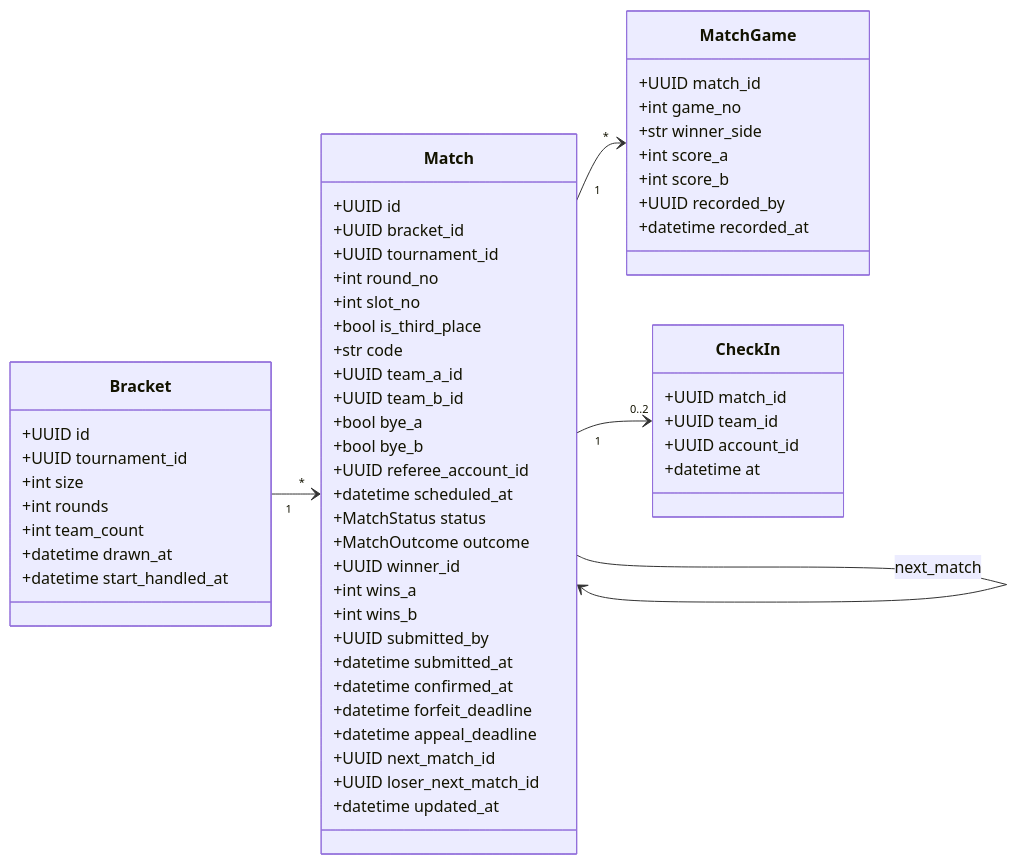
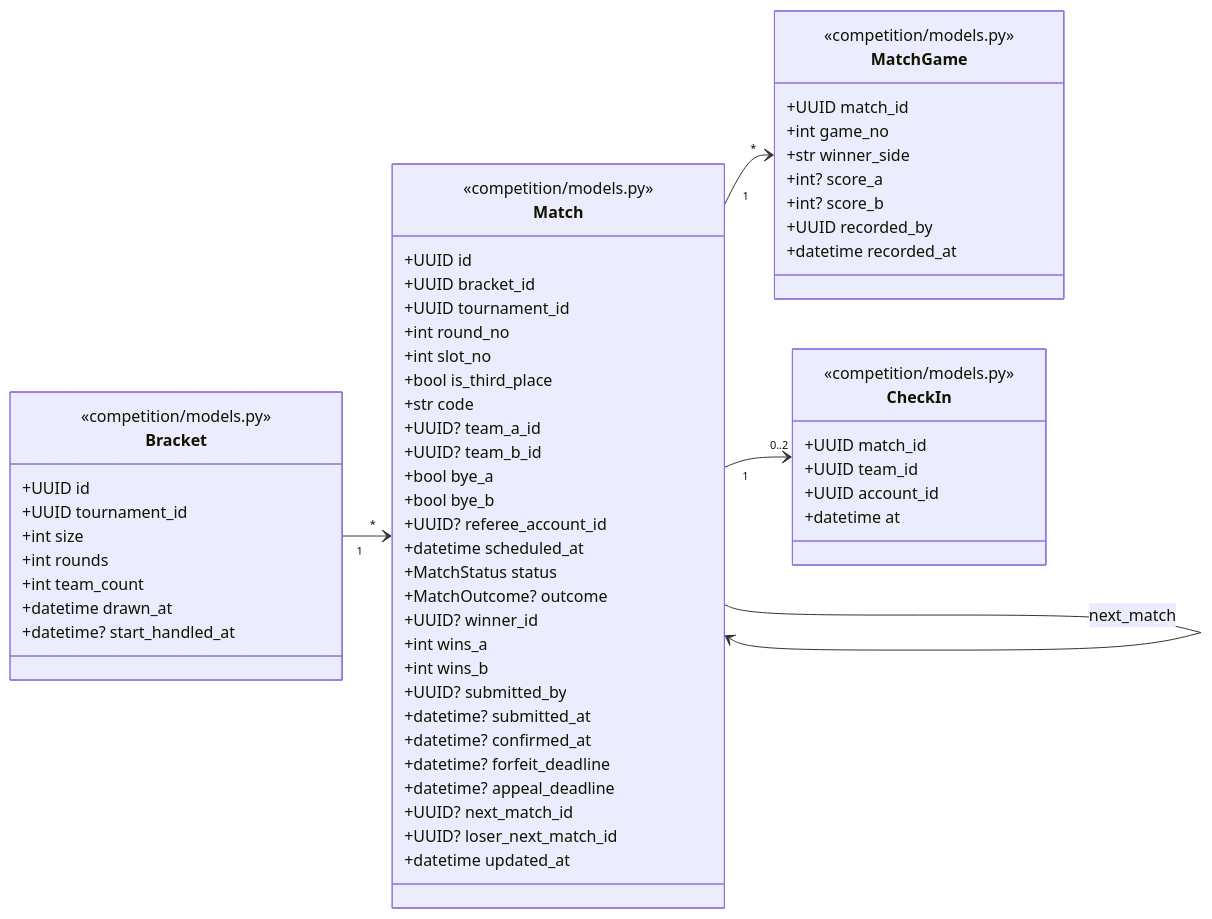
The tenth of 15 diagrams in docs/midterm/D-物件設計文件.md (Team14good/esport-platform), drawn with Mermaid before and after one commit. The commit also changed other lines of this file and 27 other files, not shown here.

First line of the commit message:
docs: B、C、D 其餘的圖全部對照程式標註 (#92)

````diff
--- a/docs/midterm/D-物件設計文件.md
+++ b/docs/midterm/D-物件設計文件.md
@@ -495,60 +526,64 @@
 ```mermaid
 classDiagram
   direction LR
   class Bracket {
+    <<competition/models.py>>
     +UUID id
     +UUID tournament_id
     +int size
     +int rounds
     +int team_count
     +datetime drawn_at
-    +datetime start_handled_at
+    +datetime? start_handled_at
   }
   class Match {
+    <<competition/models.py>>
     +UUID id
     +UUID bracket_id
     +UUID tournament_id
     +int round_no
     +int slot_no
     +bool is_third_place
     +str code
-    +UUID team_a_id
-    +UUID team_b_id
+    +UUID? team_a_id
+    +UUID? team_b_id
     +bool bye_a
     +bool bye_b
-    +UUID referee_account_id
+    +UUID? referee_account_id
     +datetime scheduled_at
     +MatchStatus status
-    +MatchOutcome outcome
-    +UUID winner_id
+    +MatchOutcome? outcome
+    +UUID? winner_id
     +int wins_a
     +int wins_b
-    +UUID submitted_by
-    +datetime submitted_at
-    +datetime confirmed_at
-    +datetime forfeit_deadline
-    +datetime appeal_deadline
-    +UUID next_match_id
-    +UUID loser_next_match_id
+    +UUID? submitted_by
+    +datetime? submitted_at
+    +datetime? confirmed_at
+    +datetime? forfeit_deadline
+    +datetime? appeal_deadline
+    +UUID? next_match_id
+    +UUID? loser_next_match_id
     +datetime updated_at
   }
   class MatchGame {
+    <<competition/models.py>>
     +UUID match_id
     +int game_no
     +str winner_side
-    +int score_a
-    +int score_b
+    +int? score_a
+    +int? score_b
     +UUID recorded_by
     +datetime recorded_at
   }
   class CheckIn {
+    <<competition/models.py>>
     +UUID match_id
     +UUID team_id
     +UUID account_id
     +datetime at
   }
   Bracket "1" --> "*" Match
   Match "1" --> "*" MatchGame
   Match "1" --> "0..2" CheckIn
   Match --> Match : next_match
 ```
````
